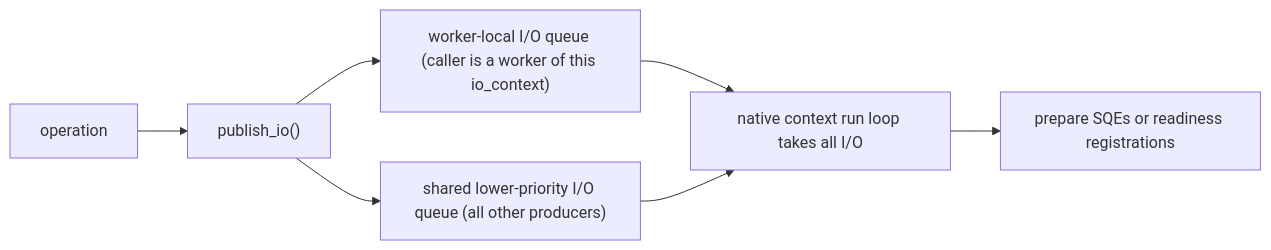
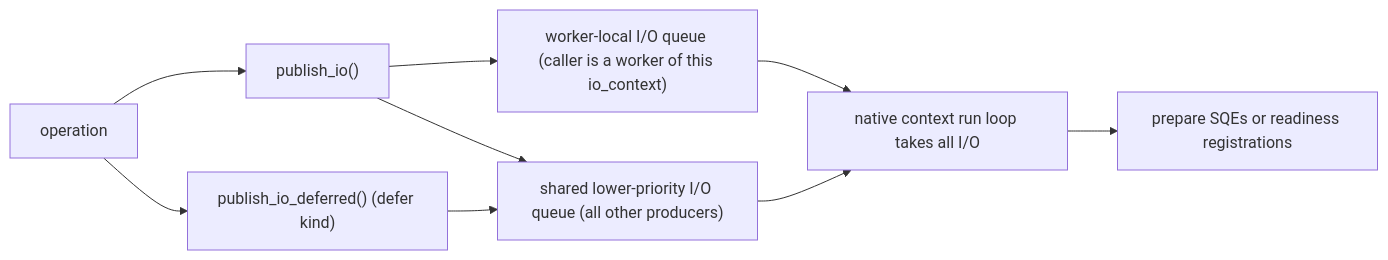
Before and after one commit to haomingbai/bnio: the first of 3 diagrams in docs/design/architecture/io-context-layer.md, drawn with Mermaid. The commit also changed other lines of this file and 21 other files, not shown here.

````diff
--- a/docs/design/architecture/io-context-layer.md
+++ b/docs/design/architecture/io-context-layer.md
@@ -37,9 +37,11 @@
 ```mermaid
 graph LR
     I["operation"] --> E["publish_io()"]
     E --> L["worker-local I/O queue (caller is a worker of this io_context)"]
     E --> Q["shared lower-priority I/O queue (all other producers)"]
+    I --> D["publish_io_deferred() (defer kind)"]
+    D --> Q
     L --> W["native context run loop takes all I/O"]
     Q --> W
     W --> U["prepare SQEs or readiness registrations"]
 ```
````
